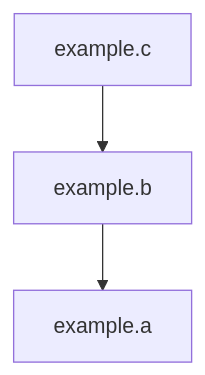
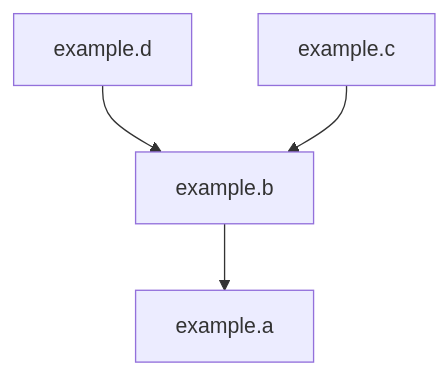
Before and after one commit to robfromboulder/viewmapper: the first of 2 diagrams in README.md, drawn with Mermaid. The commit also changed other lines of this file, not shown here.

````diff
--- a/README.md
+++ b/README.md
@@ -18,9 +34,11 @@
 ```mermaid
 graph TD
-    node1["example.c"]
-    node2["example.b"]
-    node3["example.a"]
+    node1["example.d"]
+    node2["example.c"]
+    node3["example.b"]
+    node4["example.a"]
 
-    node1 --> node2
+    node1 --> node3
     node2 --> node3
+    node3 --> node4
 ```
````
